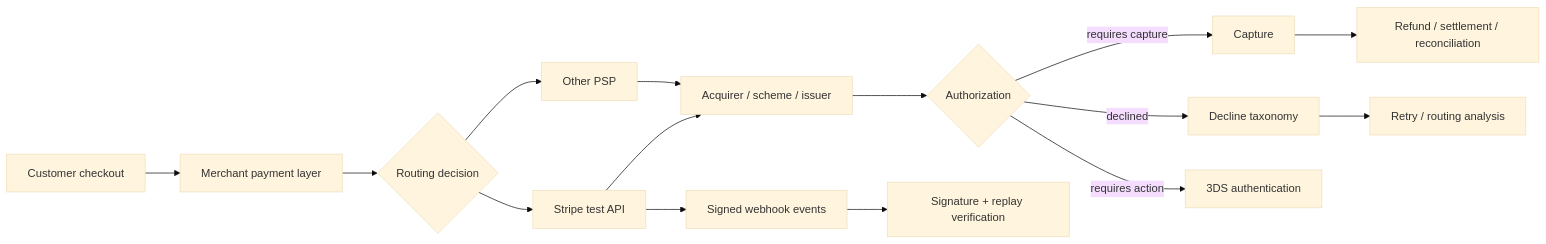
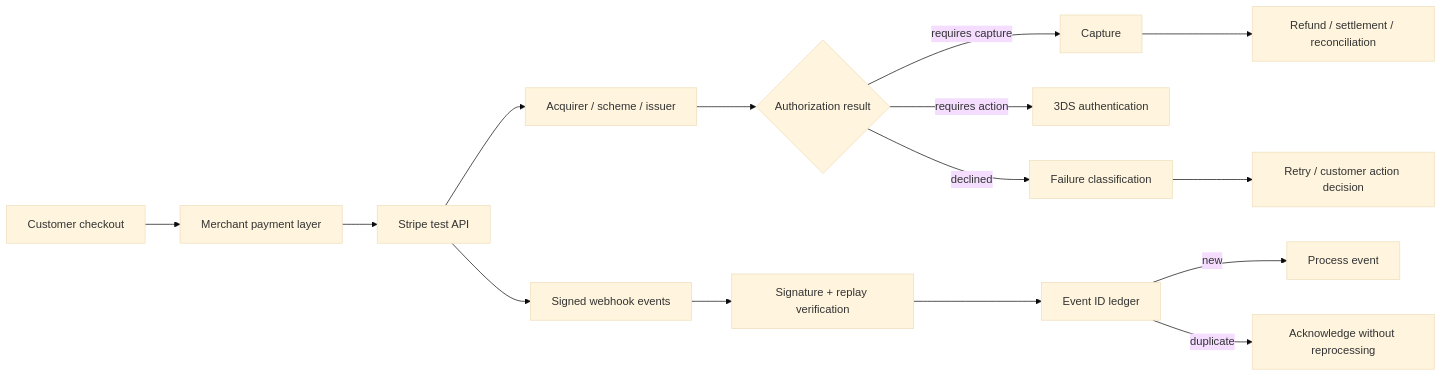
The diagram in README.md (layan985/eu-payments-acceptance-engine), drawn with Mermaid (base theme) before and after one commit. The commit also changed other lines of this file, not shown here.

Commit message:
Document executed Stripe webhook and failure ops

````diff
--- a/README.md
+++ b/README.md
@@ -64,17 +80,17 @@
 ```mermaid
 flowchart LR
     A[Customer checkout] --> B[Merchant payment layer]
-    B --> C{Routing decision}
-    C --> D[Stripe test API]
-    C --> E[Other PSP]
-    D --> F[Acquirer / scheme / issuer]
-    E --> F
-    F --> G{Authorization}
-    G -->|requires capture| H[Capture]
-    G -->|declined| I[Decline taxonomy]
-    G -->|requires action| J[3DS authentication]
-    H --> K[Refund / settlement / reconciliation]
-    I --> L[Retry / routing analysis]
-    D --> M[Signed webhook events]
-    M --> N[Signature + replay verification]
+    B --> C[Stripe test API]
+    C --> D[Acquirer / scheme / issuer]
+    D --> E{Authorization result}
+    E -->|requires capture| F[Capture]
+    E -->|requires action| G[3DS authentication]
+    E -->|declined| H[Failure classification]
+    H --> I[Retry / customer action decision]
+    F --> J[Refund / settlement / reconciliation]
+    C --> K[Signed webhook events]
+    K --> L[Signature + replay verification]
+    L --> M[Event ID ledger]
+    M -->|new| N[Process event]
+    M -->|duplicate| O[Acknowledge without reprocessing]
 ```
````
